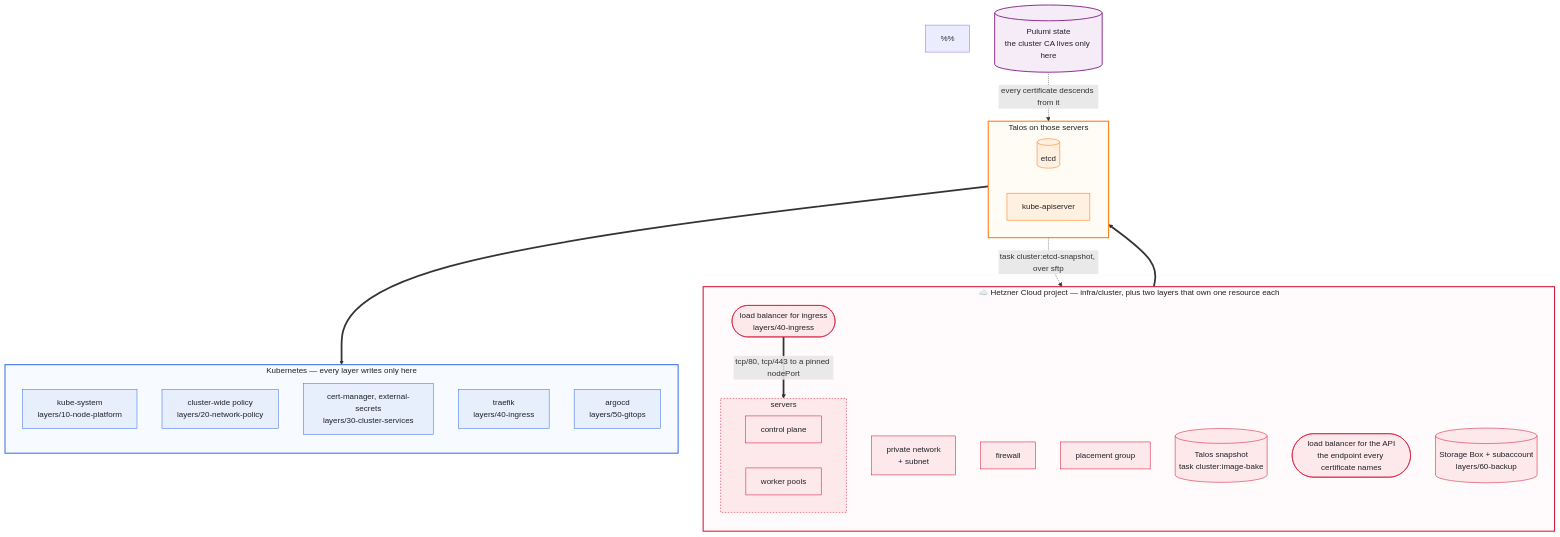
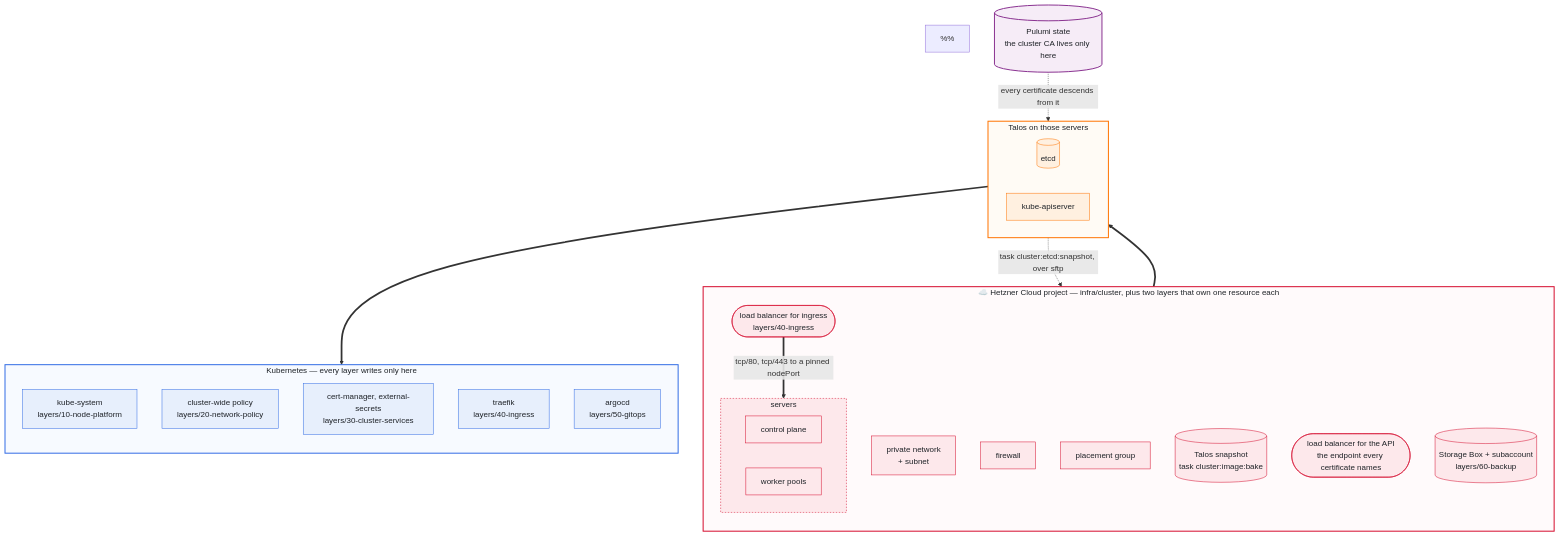
One commit to oleg-tkachuk/hetzner-iac changed the first of 3 diagrams in docs/design.md. Above: the diagram before and after it, drawn with Mermaid. The commit also changed other lines of this file and 26 other files, not shown here.

````diff
--- a/docs/design.md
+++ b/docs/design.md
@@ -12,67 +12,67 @@
 ```mermaid
 flowchart TB
     %% Palette from the README badges: Hetzner red, Talos orange, Kubernetes
     %% blue, so the header and the diagrams read as one thing and the colour
     %% says whose territory a box is in.
     %%
     %% Fills are pale and text is near-black explicitly. GitHub renders this in
     %% both themes, and a colour left to the theme picks one of them and is
     %% unreadable in the other.
     classDef hetzner fill:#fde8eb,stroke:#d50c2d,stroke-width:1px,color:#1f2328
     classDef talos fill:#fff0e0,stroke:#ff7300,stroke-width:1px,color:#1f2328
     classDef kube fill:#e7effc,stroke:#326ce5,stroke-width:1px,color:#1f2328
     classDef derived fill:#f6f8fa,stroke:#8c959f,stroke-width:1px,stroke-dasharray:4 3,color:#1f2328
     classDef state fill:#f6ecf7,stroke:#8a3391,stroke-width:2px,color:#1f2328
 
     subgraph hetzner["☁️ Hetzner Cloud project — infra/cluster, plus two layers that own one resource each"]
         direction TB
         net["private network<br/>+ subnet"]
         fw["firewall"]
         pg["placement group"]
-        snap[("Talos snapshot<br/>task cluster:image-bake")]
+        snap[("Talos snapshot<br/>task cluster:image:bake")]
 
         subgraph servers["servers"]
             direction LR
             cp["control plane"]
             wk["worker pools"]
         end
 
         apilb(["load balancer for the API<br/>the endpoint every certificate names"])
         inglb(["load balancer for ingress<br/>layers/40-ingress"])
         box[("Storage Box + subaccount<br/>layers/60-backup")]
     end
 
     subgraph talos["Talos on those servers"]
         direction LR
         etcd[("etcd")]
         api["kube-apiserver"]
     end
 
     subgraph k8s["Kubernetes — every layer writes only here"]
         direction TB
         ks["kube-system<br/>layers/10-node-platform"]
         pol["cluster-wide policy<br/>layers/20-network-policy"]
         cmns["cert-manager, external-secrets<br/>layers/30-cluster-services"]
         tns["traefik<br/>layers/40-ingress"]
         argons["argocd<br/>layers/50-gitops"]
     end
 
     trust[("Pulumi state<br/>the cluster CA lives only here")]
 
     trust -.->|"every certificate descends from it"| talos
     servers ==> talos
     talos ==> k8s
     inglb ==>|"tcp/80, tcp/443 to a pinned nodePort"| servers
-    etcd -.->|"task cluster:etcd-snapshot, over sftp"| box
+    etcd -.->|"task cluster:etcd:snapshot, over sftp"| box
 
     class net,fw,pg,snap,cp,wk,box hetzner
     class apilb,inglb hetzner
     class etcd,api talos
     class ks,pol,cmns,tns,argons kube
     class trust state
 
     style hetzner fill:#fffafb,stroke:#d50c2d,stroke-width:2px,color:#1f2328
     style servers fill:#fde8eb,stroke:#d50c2d,stroke-dasharray:3 3,color:#1f2328
     style talos fill:#fffbf5,stroke:#ff7300,stroke-width:2px,color:#1f2328
     style k8s fill:#f7faff,stroke:#326ce5,stroke-width:2px,color:#1f2328
 ```
````
